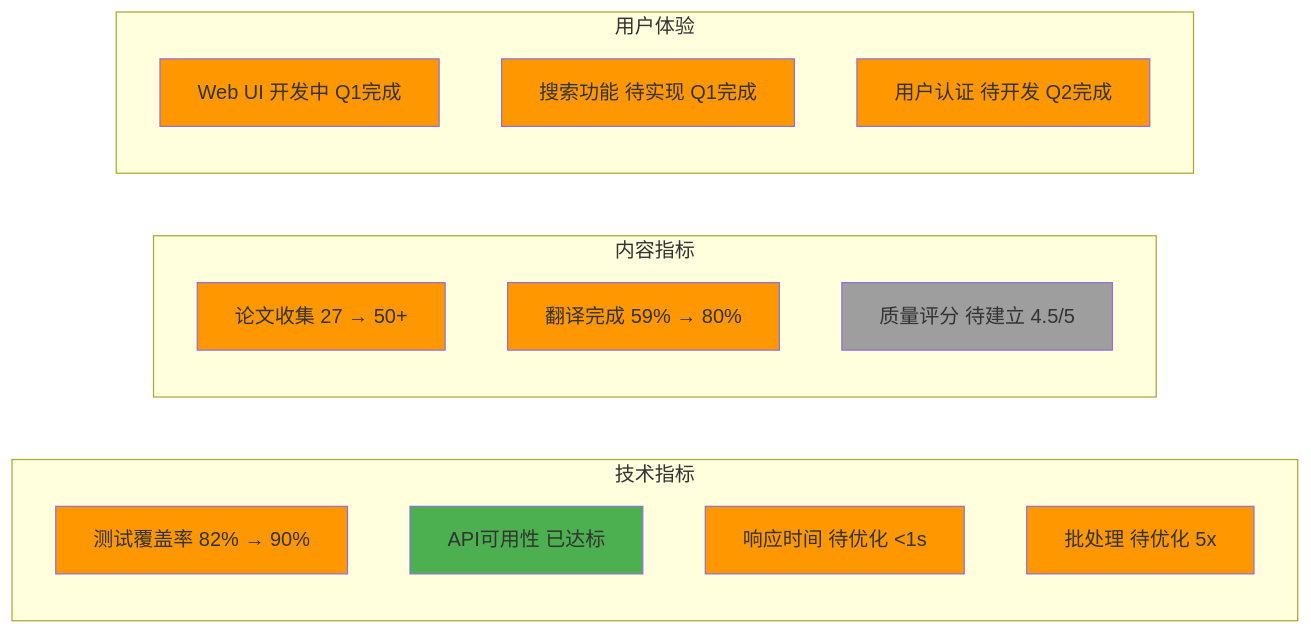
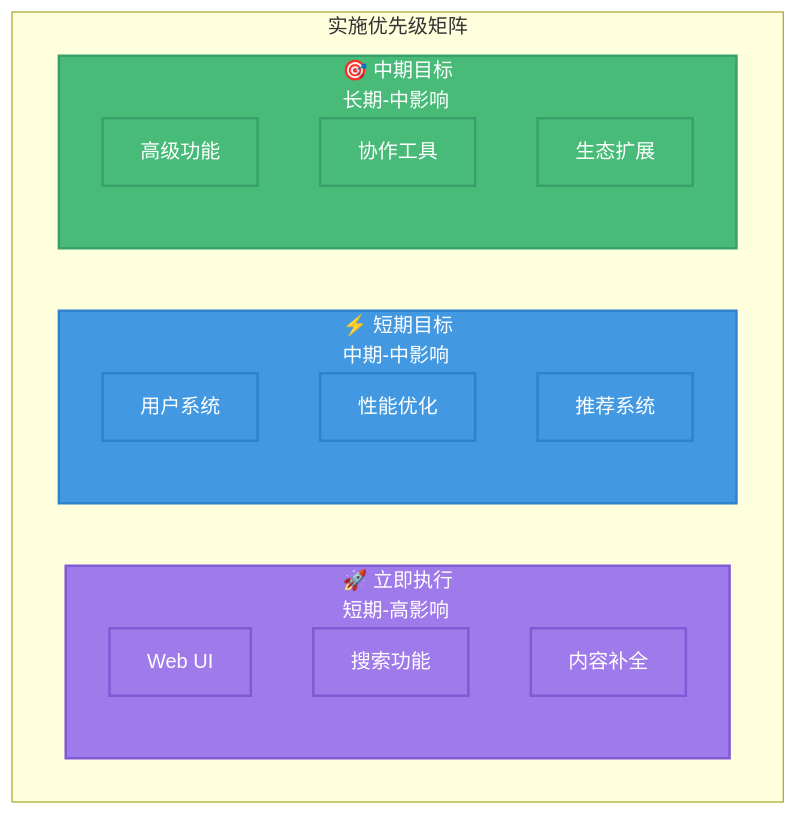
One commit to ThreeFish-AI/agentic-ai-cognizes changed the fifth of 6 diagrams in docs/000-roadmap.md. Above: the diagram before and after it, drawn with Mermaid. The commit also changed other lines of this file, not shown here.

First line of the commit message:
docs(roadmap): 优化图表可视化适配深色主题

````diff
--- a/docs/000-roadmap.md
+++ b/docs/000-roadmap.md
@@ -162,29 +135,36 @@
 ```mermaid
-graph LR
-    subgraph "技术指标"
-        A1[测试覆盖率 82% → 90%]
-        A2[API可用性 已达标]
-        A3[响应时间 待优化 <1s]
-        A4[批处理 待优化 5x]
+graph TD
+    subgraph "实施优先级矩阵"
+        direction LR
+
+        subgraph Q1[🚀 立即执行<br/>短期-高影响]
+            A1[Web UI]
+            A2[搜索功能]
+            A3[内容补全]
+        end
+
+        subgraph Q2[⚡ 短期目标<br/>中期-中影响]
+            B1[用户系统]
+            B2[性能优化]
+            B3[推荐系统]
+        end
+
+        subgraph Q3[🎯 中期目标<br/>长期-中影响]
+            C1[高级功能]
+            C2[协作工具]
+            C3[生态扩展]
+        end
     end
 
-    subgraph "内容指标"
-        B1[论文收集 27 → 50+]
-        B2[翻译完成 59% → 80%]
-        B3[质量评分 待建立 4.5/5]
-    end
+    style Q1 fill:#9f7aea,stroke:#805ad5,stroke-width:2px,color:#fff
+    style Q2 fill:#4299e1,stroke:#3182ce,stroke-width:2px,color:#fff
+    style Q3 fill:#48bb78,stroke:#38a169,stroke-width:2px,color:#fff
 
-    subgraph "用户体验"
-        C1[Web UI 开发中 Q1完成]
-        C2[搜索功能 待实现 Q1完成]
-        C3[用户认证 待开发 Q2完成]
-    end
+    classDef urgent fill:#9f7aea,stroke:#805ad5,stroke-width:2px,color:#fff
+    classDef medium fill:#4299e1,stroke:#3182ce,stroke-width:2px,color:#fff
+    classDef longterm fill:#48bb78,stroke:#38a169,stroke-width:2px,color:#fff
 
-    classDef completed fill:#4CAF50
-    classDef inProgress fill:#FF9800
-    classDef pending fill:#9E9E9E
-
-    class A2 completed
-    class A1,A3,A4,B1,B2,C1,C2,C3 inProgress
-    class B3 pending
+    class A1,A2,A3 urgent
+    class B1,B2,B3 medium
+    class C1,C2,C3 longterm
 ```
````
